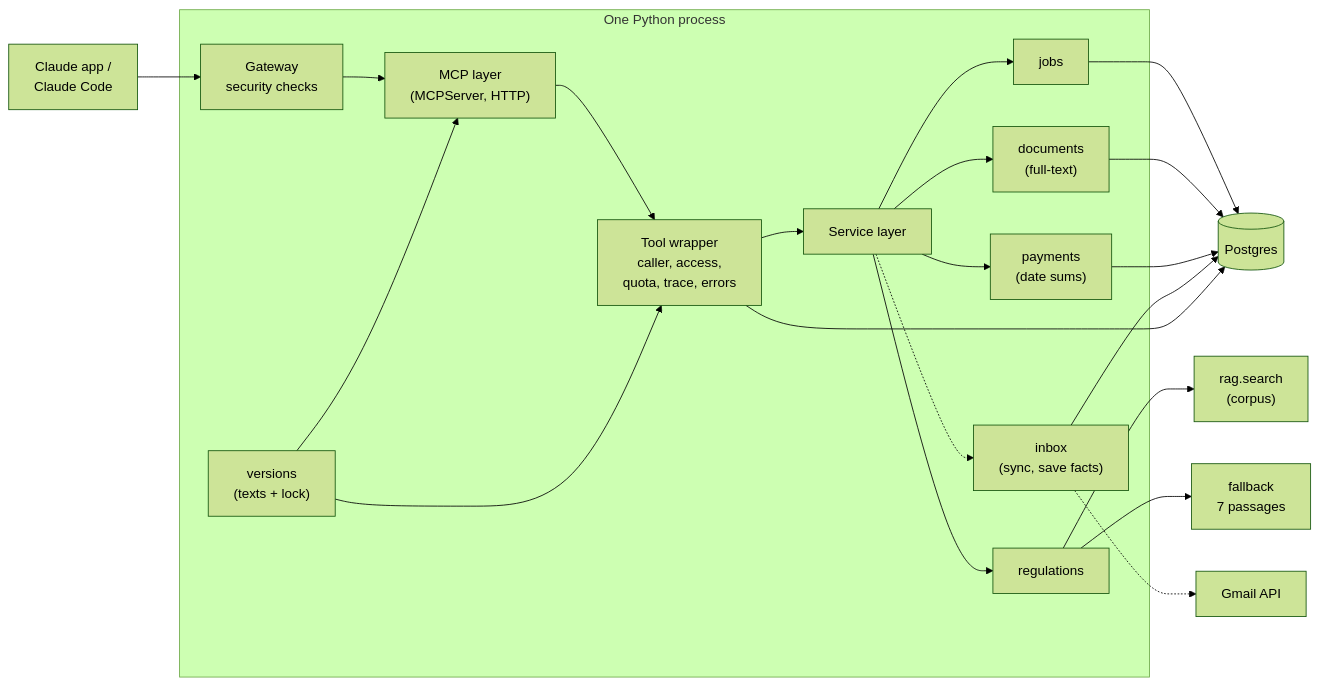
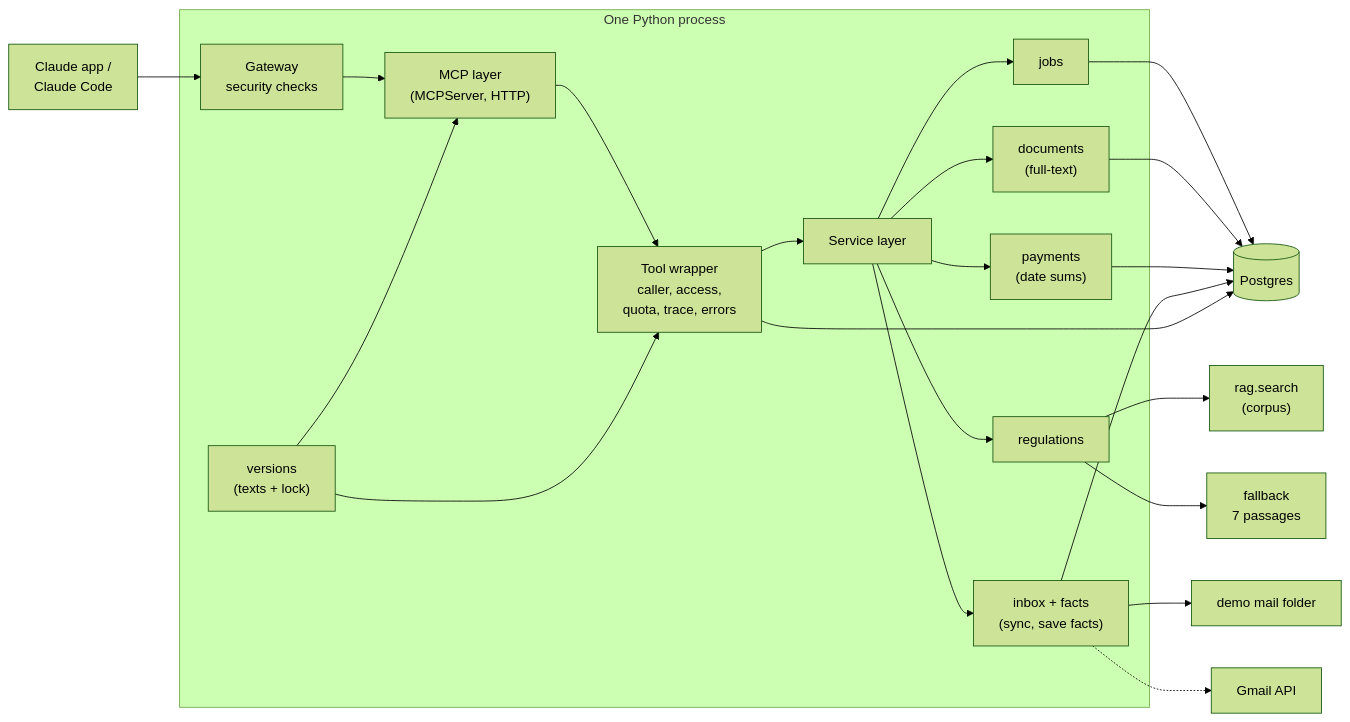
The first of 5 diagrams in architecture/design/server.md (florinmarcus/builders_lab), drawn with Mermaid (forest theme) before and after one commit. The commit also changed other lines of this file and 19 other files, not shown here.

First line of the commit message:
Ingestion: sync_inbox (mail source, PDF text, job filing, idempotent store, hand-over of emails needing facts) and save_facts (server checks: job, attachments, types, dates, quotes word for word); demo mail folder on the server; seed keeps firm and keys

````diff
--- a/architecture/design/server.md
+++ b/architecture/design/server.md
@@ -9,23 +9,24 @@
 ```mermaid
 flowchart LR
     client["Claude app /<br/>Claude Code"] --> gw
 
     subgraph proc["One Python process"]
         gw["Gateway<br/>security checks"] --> mcp["MCP layer<br/>(MCPServer, HTTP)"]
         mcp --> tools["Tool wrapper<br/>caller, access,<br/>quota, trace, errors"]
         tools --> svc["Service layer"]
         svc --> jobs["jobs"]
         svc --> docs["documents<br/>(full-text)"]
         svc --> pay["payments<br/>(date sums)"]
         svc --> regs["regulations"]
-        svc -.-> inbox["inbox<br/>(sync, save facts)"]
+        svc --> inbox["inbox + facts<br/>(sync, save facts)"]
         ver["versions<br/>(texts + lock)"] --> mcp
         ver --> tools
     end
 
     jobs & docs & pay & inbox --> pg[("Postgres")]
     tools --> pg
     regs --> rag["rag.search<br/>(corpus)"]
     regs --> fb["fallback<br/>7 passages"]
+    inbox --> eml["demo mail folder"]
     inbox -.-> gmail["Gmail API"]
 ```
````
